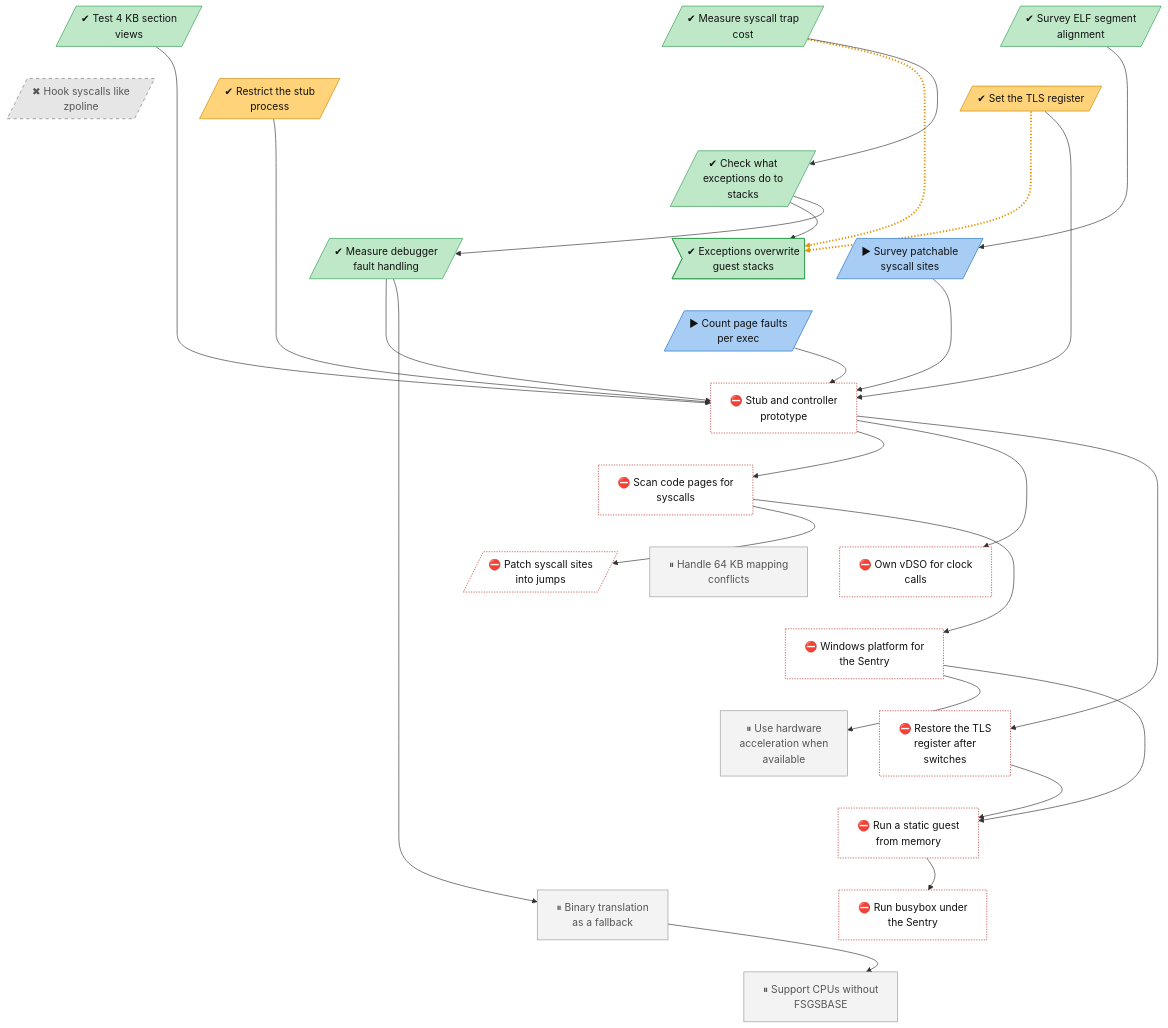
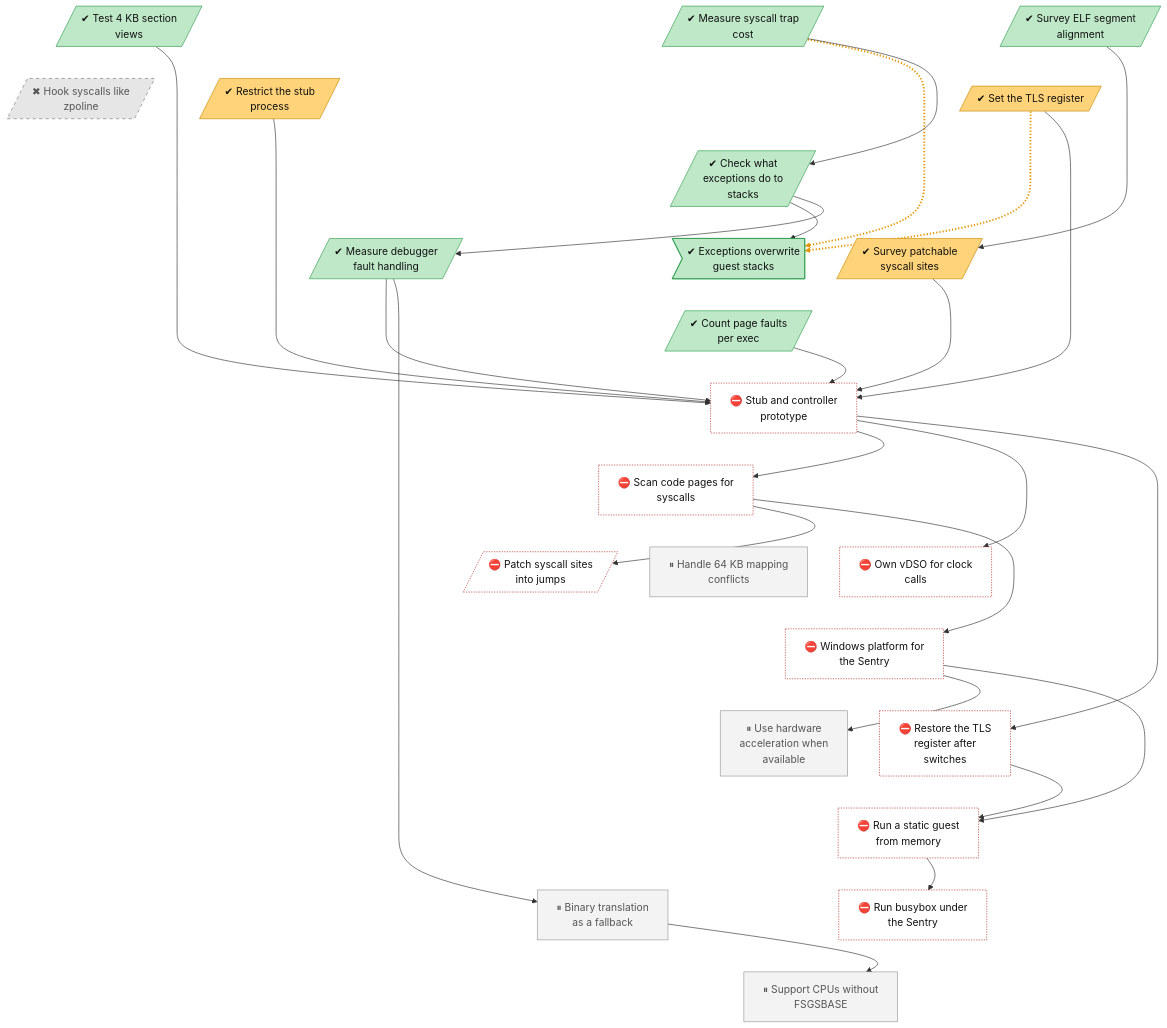
Before and after one commit to lhns/gvisor-windows: the diagram in docs/roadmap/tracks/platform.md, drawn with Mermaid. The commit also changed other lines of this file and 3 other files, not shown here.

Commit message:
Rate the syscall-site survey and faults per exec

````diff
--- a/docs/roadmap/tracks/platform.md
+++ b/docs/roadmap/tracks/platform.md
@@ -18,8 +18,8 @@
     platform_exception_stack[/"✔ Check what<br/>exceptions do to<br/>stacks"/]
     platform_veh_on_guest_stack_unsafe>"✔ Exceptions overwrite<br/>guest stacks"]
     platform_debug_event_cost[/"✔ Measure debugger<br/>fault handling"/]
-    platform_syscall_site_survey[/"▶ Survey patchable<br/>syscall sites"/]
-    platform_faults_per_exec[/"▶ Count page faults<br/>per exec"/]
+    platform_syscall_site_survey[/"✔ Survey patchable<br/>syscall sites"/]
+    platform_faults_per_exec[/"✔ Count page faults<br/>per exec"/]
     platform_stub_controller["⛔ Stub and controller<br/>prototype"]
     platform_page_verification["⛔ Scan code pages for<br/>syscalls"]
     platform_syscall_fast_path[/"⛔ Patch syscall sites<br/>into jumps"/]
@@ -98,10 +98,9 @@
     classDef decided fill:#ece0f7,stroke:#7b3fb5,stroke-dasharray:2 2,color:#111
     classDef finding fill:#ffe0b2,stroke:#d84315,stroke-width:2px,color:#111
     classDef waiting fill:#e3f2fd,stroke:#1f6fc5,stroke-dasharray:5 5,color:#111
-    class platform_elf_alignment_survey,platform_trap_cost,platform_4k_section_views,platform_exception_stack,platform_veh_on_guest_stack_unsafe,platform_debug_event_cost succ
-    class platform_tls_register,platform_restricted_stub mixed
+    class platform_elf_alignment_survey,platform_trap_cost,platform_4k_section_views,platform_exception_stack,platform_veh_on_guest_stack_unsafe,platform_debug_event_cost,platform_faults_per_exec succ
+    class platform_tls_register,platform_restricted_stub,platform_syscall_site_survey mixed
     class platform_zpoline_hooks dead
-    class platform_syscall_site_survey,platform_faults_per_exec inprog
     class platform_stub_controller,platform_page_verification,platform_syscall_fast_path,platform_own_vdso,platform_winstub,platform_fs_base_repair,platform_static_guest_from_memory,platform_busybox_on_windows blocked
     class platform_64k_mapping_conflicts,platform_hardware_acceleration,platform_binary_translation_fallback,platform_no_fsgsbase_fallback parked
 ```
````
